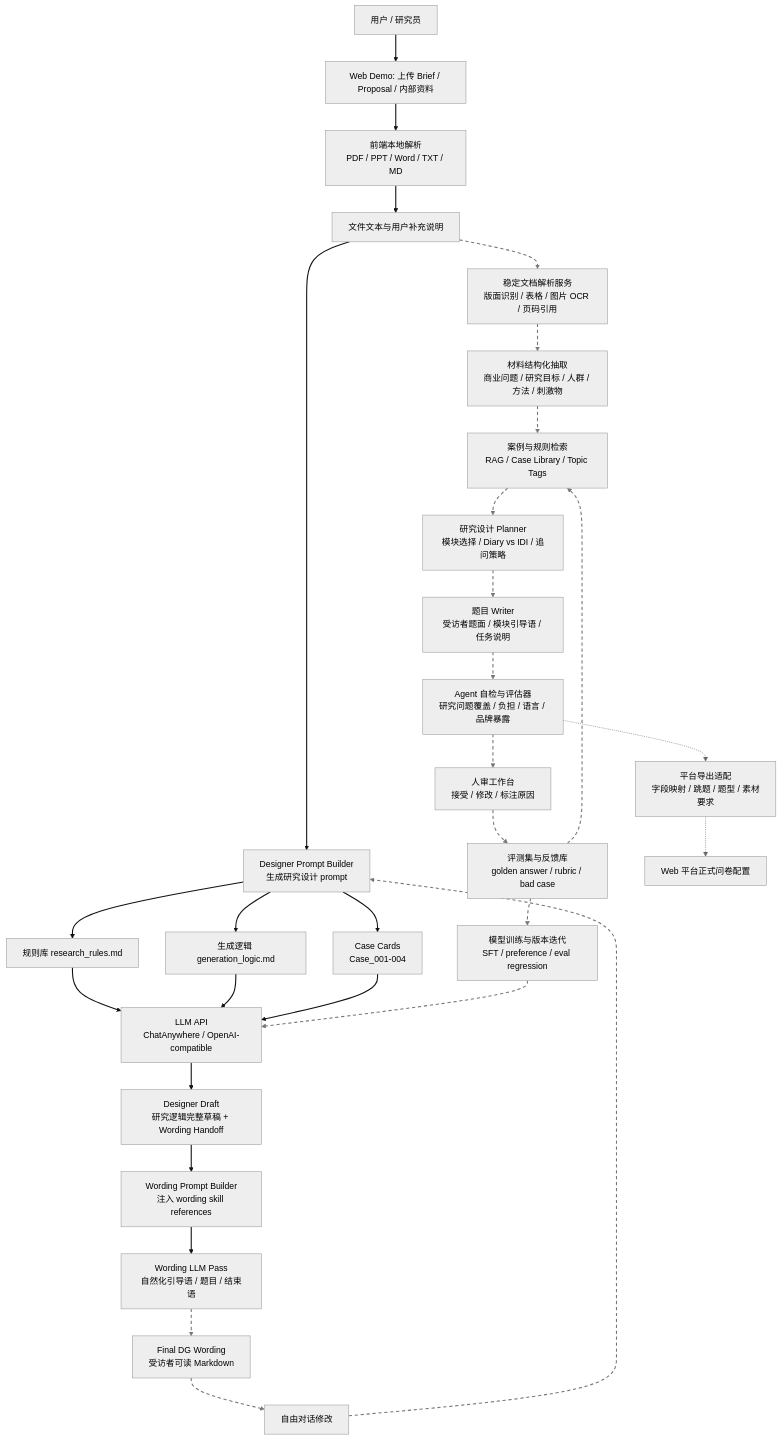
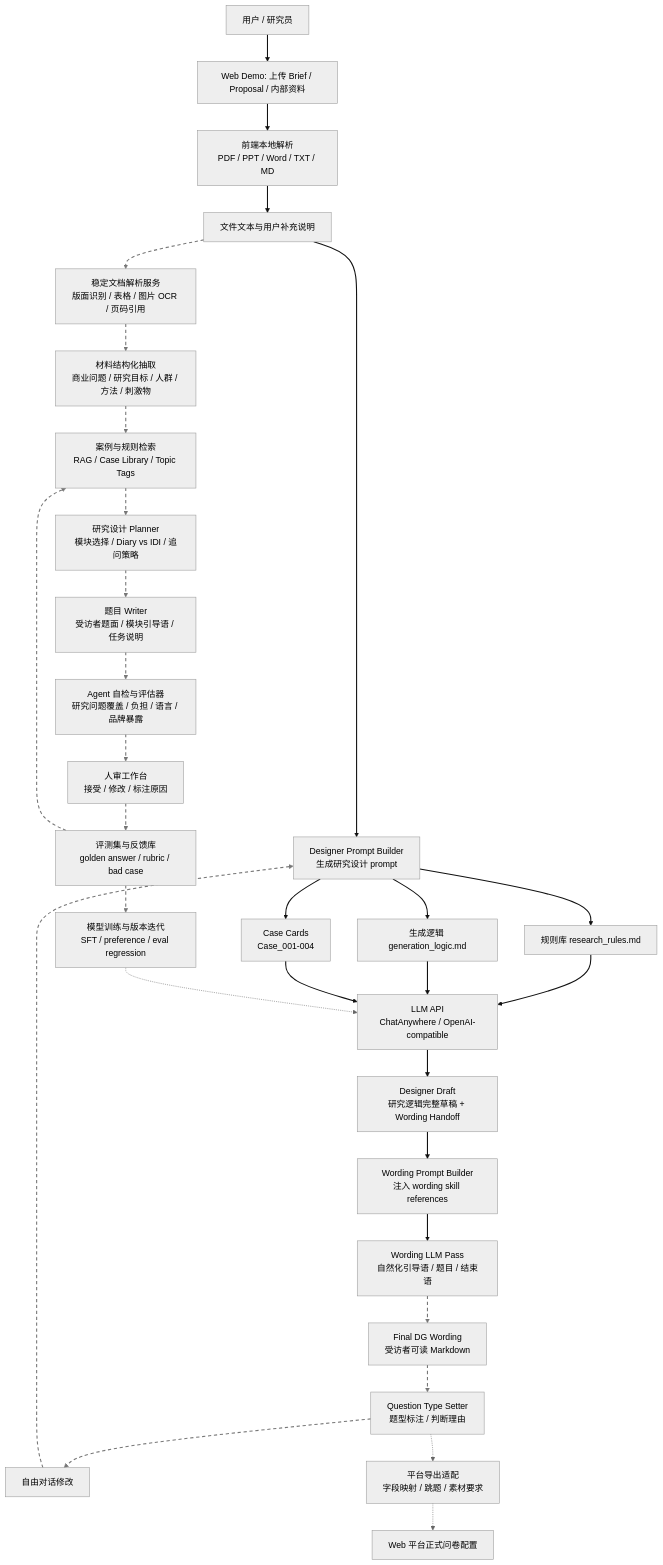
Before and after one commit to CHUJUNGE/DG_Agent_v0.1: the diagram in README.md, drawn with Mermaid (neutral theme). The commit also changed other lines of this file and 25 other files, not shown here.

````diff
--- a/README.md
+++ b/README.md
@@ -25,36 +25,37 @@
 ```mermaid
 flowchart TD
     U["用户 / 研究员"] --> A["Web Demo: 上传 Brief / Proposal / 内部资料"]
     A --> B["前端本地解析<br/>PDF / PPT / Word / TXT / MD"]
     B --> C["文件文本与用户补充说明"]
     C --> D["Designer Prompt Builder<br/>生成研究设计 prompt"]
     D --> E["规则库 research_rules.md"]
     D --> F["生成逻辑 generation_logic.md"]
     D --> G["Case Cards<br/>Case_001-004"]
     E --> H["LLM API<br/>ChatAnywhere / OpenAI-compatible"]
     F --> H
     G --> H
     H --> I["Designer Draft<br/>研究逻辑完整草稿 + Wording Handoff"]
     I --> W["Wording Prompt Builder<br/>注入 wording skill references"]
     W --> X["Wording LLM Pass<br/>自然化引导语 / 题目 / 结束语"]
     X --> Y["Final DG Wording<br/>受访者可读 Markdown"]
-    Y --> J["自由对话修改"]
+    Y --> QT["Question Type Setter<br/>题型标注 / 判断理由"]
+    QT --> J["自由对话修改"]
     J --> D
 
     C -.-> K["稳定文档解析服务<br/>版面识别 / 表格 / 图片 OCR / 页码引用"]
     K -.-> L["材料结构化抽取<br/>商业问题 / 研究目标 / 人群 / 方法 / 刺激物"]
     L -.-> M["案例与规则检索<br/>RAG / Case Library / Topic Tags"]
     M -.-> N["研究设计 Planner<br/>模块选择 / Diary vs IDI / 追问策略"]
     N -.-> O["题目 Writer<br/>受访者题面 / 模块引导语 / 任务说明"]
     O -.-> P["Agent 自检与评估器<br/>研究问题覆盖 / 负担 / 语言 / 品牌暴露"]
     P -.-> Q["人审工作台<br/>接受 / 修改 / 标注原因"]
     Q -.-> R["评测集与反馈库<br/>golden answer / rubric / bad case"]
     R -.-> M
     R -.-> U2["模型训练与版本迭代<br/>SFT / preference / eval regression"]
     U2 -.-> H
-    P -.-> S["平台导出适配<br/>字段映射 / 跳题 / 题型 / 素材要求"]
+    QT -.-> S["平台导出适配<br/>字段映射 / 跳题 / 素材要求"]
     S -.-> T["Web 平台正式问卷配置"]
 
     linkStyle 0,1,2,3,4,5,6,7,8,9,10,11,12 stroke:#111,stroke-width:2px
     linkStyle 13,14,15,16,17,18,19,20,21,22,23,24,25,26 stroke:#777,stroke-width:2px,stroke-dasharray: 6 5
 ```
````
